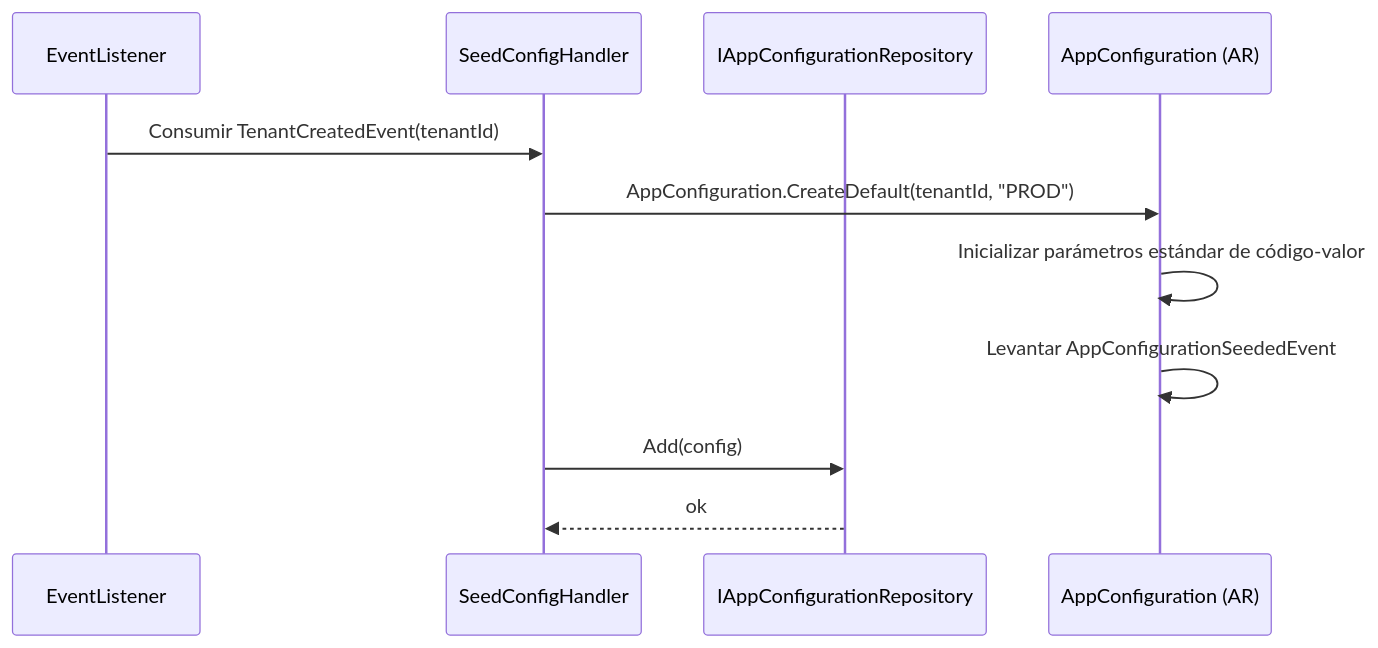
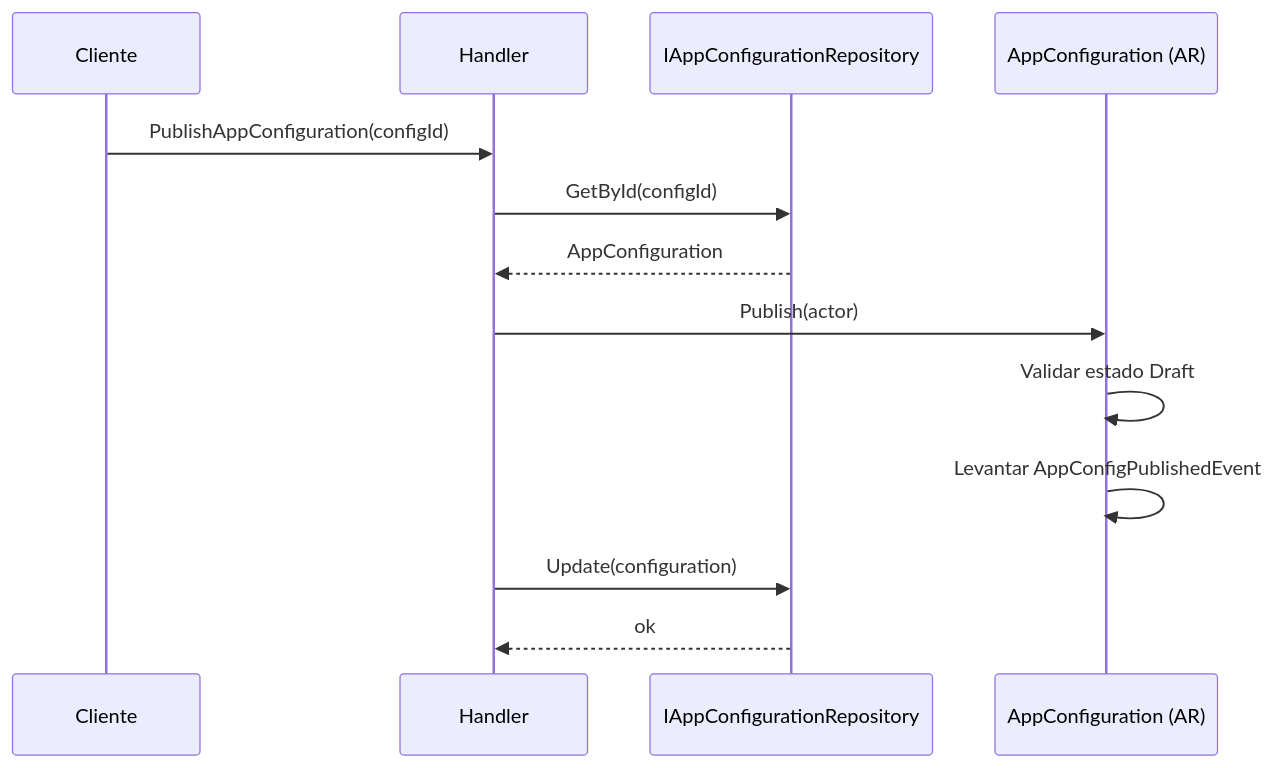
The second of 3 diagrams in docs/domain-es/configuration/app-configuration.md (beyondnetcode/ums), drawn with Mermaid before and after one commit. The commit also changed other lines of this file and 19 other files, not shown here.

````diff
--- a/docs/domain-es/configuration/app-configuration.md
+++ b/docs/domain-es/configuration/app-configuration.md
@@ -113,14 +107,16 @@
 ```mermaid
 sequenceDiagram
-    participant C as EventListener
-    participant H as SeedConfigHandler
+    participant C as Cliente
+    participant H as Handler
     participant R as IAppConfigurationRepository
     participant A as AppConfiguration (AR)
 
-    C->>H: Consumir TenantCreatedEvent(tenantId)
-    H->>A: AppConfiguration.CreateDefault(tenantId, "PROD")
-    A->>A: Inicializar parámetros estándar de código-valor
-    A->>A: Levantar AppConfigurationSeededEvent
-    H->>R: Add(config)
+    C->>H: PublishAppConfiguration(configId)
+    H->>R: GetById(configId)
+    R-->>H: AppConfiguration
+    H->>A: Publish(actor)
+    A->>A: Validar estado Draft
+    A->>A: Levantar AppConfigPublishedEvent
+    H->>R: Update(configuration)
     R-->>H: ok
 ```
````
